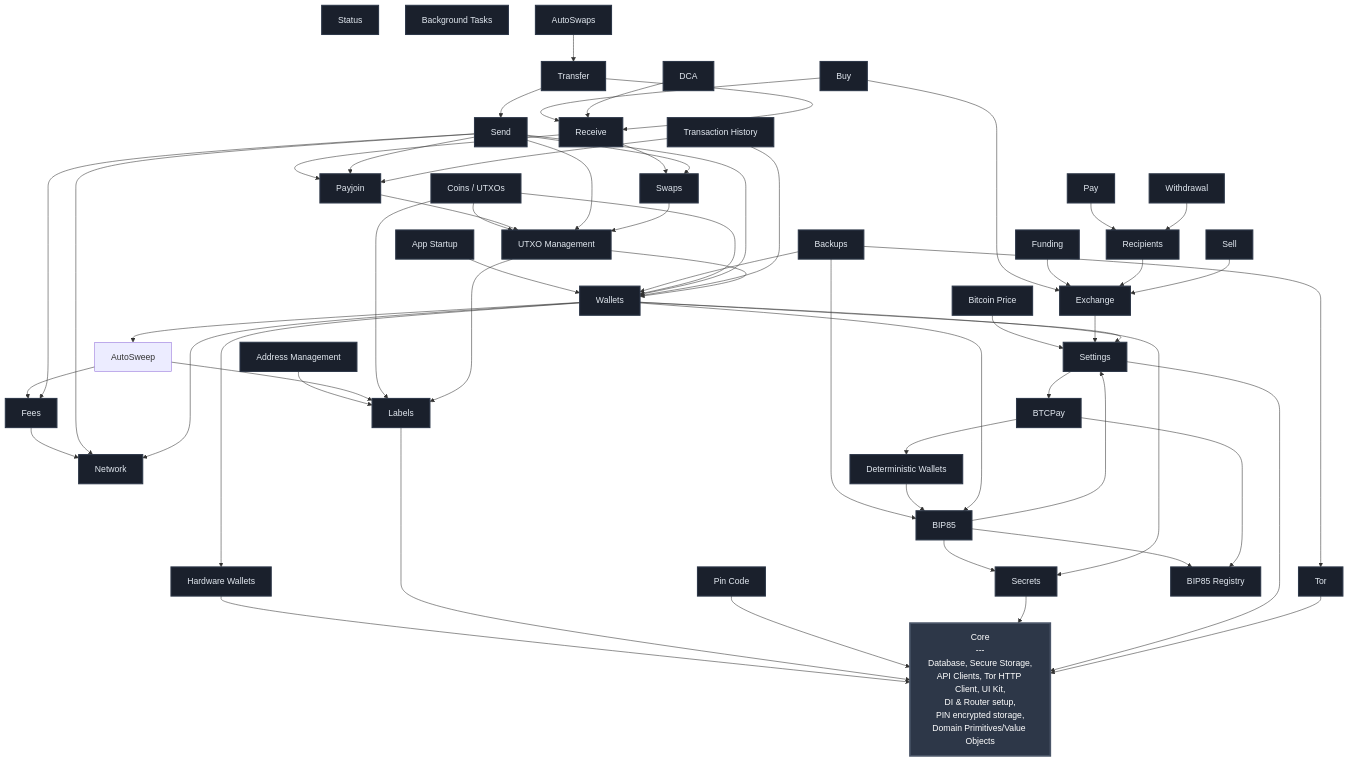
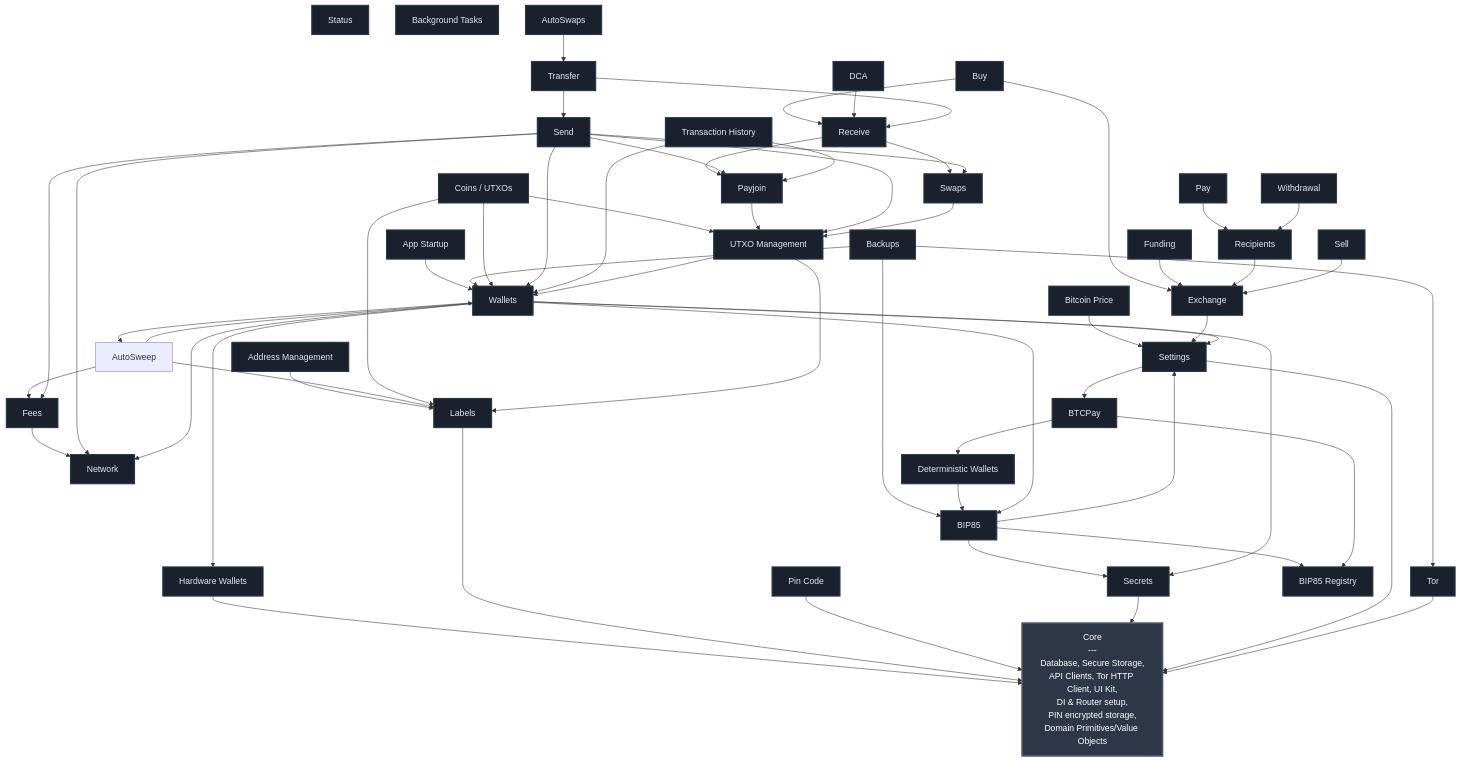
One commit to SatoshiPortal/bullbitcoin-mobile changed the diagram in FEATURES.md. Above: the diagram before and after it, drawn with Mermaid. The commit also changed other lines of this file and 1 other file, not shown here.

```diff
--- a/FEATURES.md
+++ b/FEATURES.md
@@ -59,6 +59,7 @@
     AUTOSWAPS --> TRANSFER
     AUTOSWEEP --> FEES
     AUTOSWEEP --> LABELS
+    AUTOSWEEP --> WALLETS
     BIP85 --> SECRETS
     BIP85 --> SETTINGS
     BIP85 --> BIP85_REGISTRY
```
